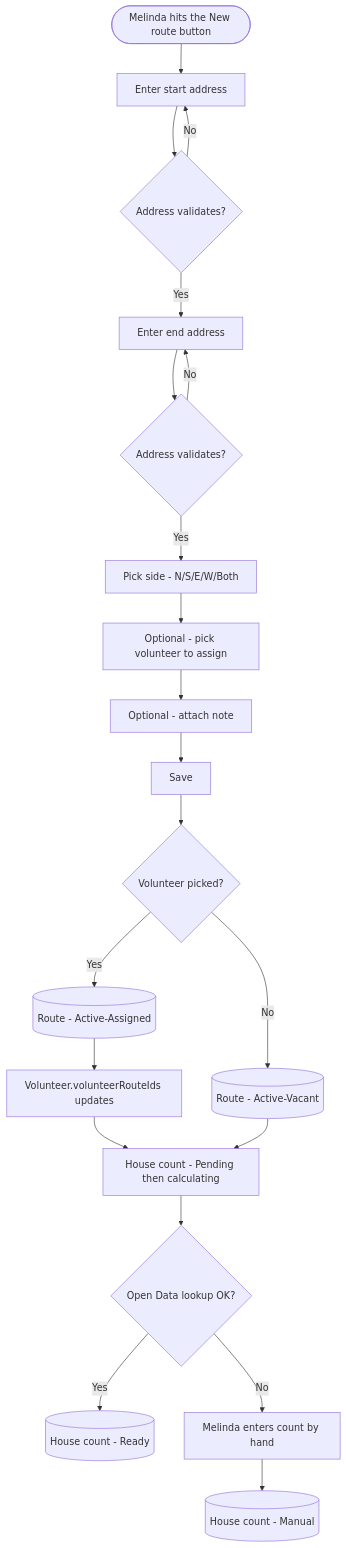
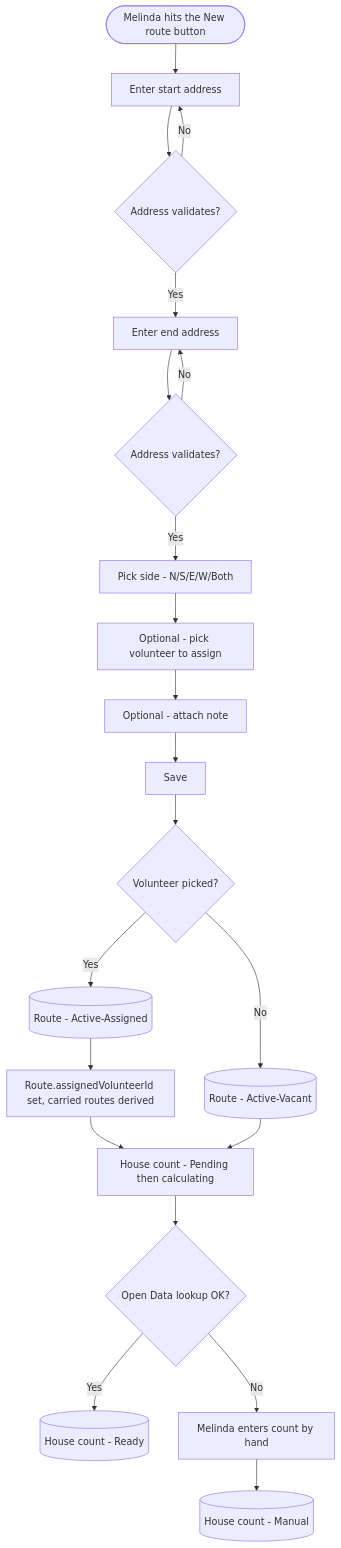
Before and after one commit to uwblueprint/beach-metro: the third of 10 diagrams in docs/flows/route_management_flow.md, drawn with Mermaid. The commit also changed other lines of this file and 4 other files, not shown here.

````diff
--- a/docs/flows/route_management_flow.md
+++ b/docs/flows/route_management_flow.md
@@ -89,23 +89,23 @@
 ```mermaid
 flowchart TD
     Start([Melinda hits the New route button]) --> StartAddr[Enter start address]
     StartAddr --> ValidStart{Address validates?}
     ValidStart -->|No| StartAddr
     ValidStart -->|Yes| EndAddr[Enter end address]
     EndAddr --> ValidEnd{Address validates?}
     ValidEnd -->|No| EndAddr
     ValidEnd -->|Yes| Side[Pick side - N/S/E/W/Both]
     Side --> OptVol[Optional - pick volunteer to assign]
     OptVol --> Notes[Optional - attach note]
     Notes --> Save[Save]
     Save --> VolBranch{Volunteer picked?}
     VolBranch -->|Yes| Assigned[(Route - Active-Assigned)]
     VolBranch -->|No| Vacant[(Route - Active-Vacant)]
-    Assigned --> VolUpdate[Volunteer.volunteerRouteIds updates]
+    Assigned --> VolUpdate[Route.assignedVolunteerId set, carried routes derived]
     VolUpdate --> Calc[House count - Pending then calculating]
     Vacant --> Calc
     Calc --> CalcResult{Open Data lookup OK?}
     CalcResult -->|Yes| Ready[(House count - Ready)]
     CalcResult -->|No| ManualEntry[Melinda enters count by hand]
     ManualEntry --> Manual[(House count - Manual)]
 ```
````
